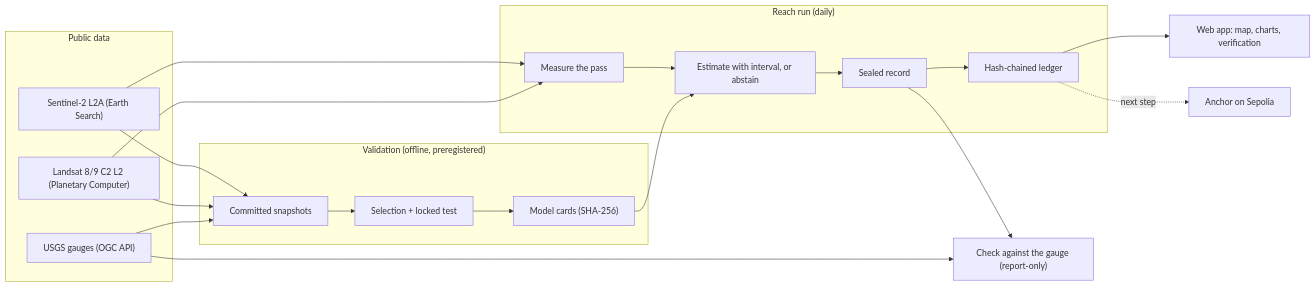
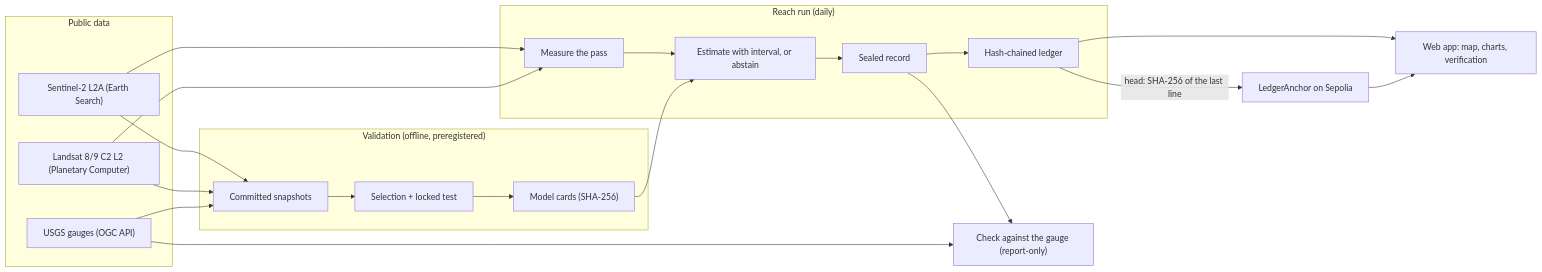
One commit to saulo1112/RiverEtch changed the diagram in docs/architecture.md. Above: the diagram before and after it, drawn with Mermaid. The commit also changed other lines of this file and 8 other files, not shown here.

First line of the commit message:
feat(contracts): anchor each ledger's head on Sepolia (LedgerAnchor)

````diff
--- a/docs/architecture.md
+++ b/docs/architecture.md
@@ -27,24 +28,25 @@
 ```mermaid
 flowchart LR
   subgraph DATA["Public data"]
     S2["Sentinel-2 L2A (Earth Search)"]
     LS["Landsat 8/9 C2 L2 (Planetary Computer)"]
     USGS["USGS gauges (OGC API)"]
   end
   subgraph VAL["Validation (offline, preregistered)"]
     SNAP["Committed snapshots"] --> SEL["Selection + locked test"] --> CARD["Model cards (SHA-256)"]
   end
   subgraph RUN["Reach run (daily)"]
     MEAS["Measure the pass"] --> EST["Estimate with interval, or abstain"] --> REC["Sealed record"] --> LEDGER["Hash-chained ledger"]
   end
   S2 --> SNAP
   LS --> SNAP
   USGS --> SNAP
   S2 --> MEAS
   LS --> MEAS
   CARD --> EST
   USGS --> CHECK["Check against the gauge (report-only)"]
   REC --> CHECK
   LEDGER --> WEB["Web app: map, charts, verification"]
-  LEDGER -.->|"next step"| CHAIN["Anchor on Sepolia"]
+  LEDGER -->|"head: SHA-256 of the last line"| CHAIN["LedgerAnchor on Sepolia"]
+  CHAIN --> WEB
 ```
````
